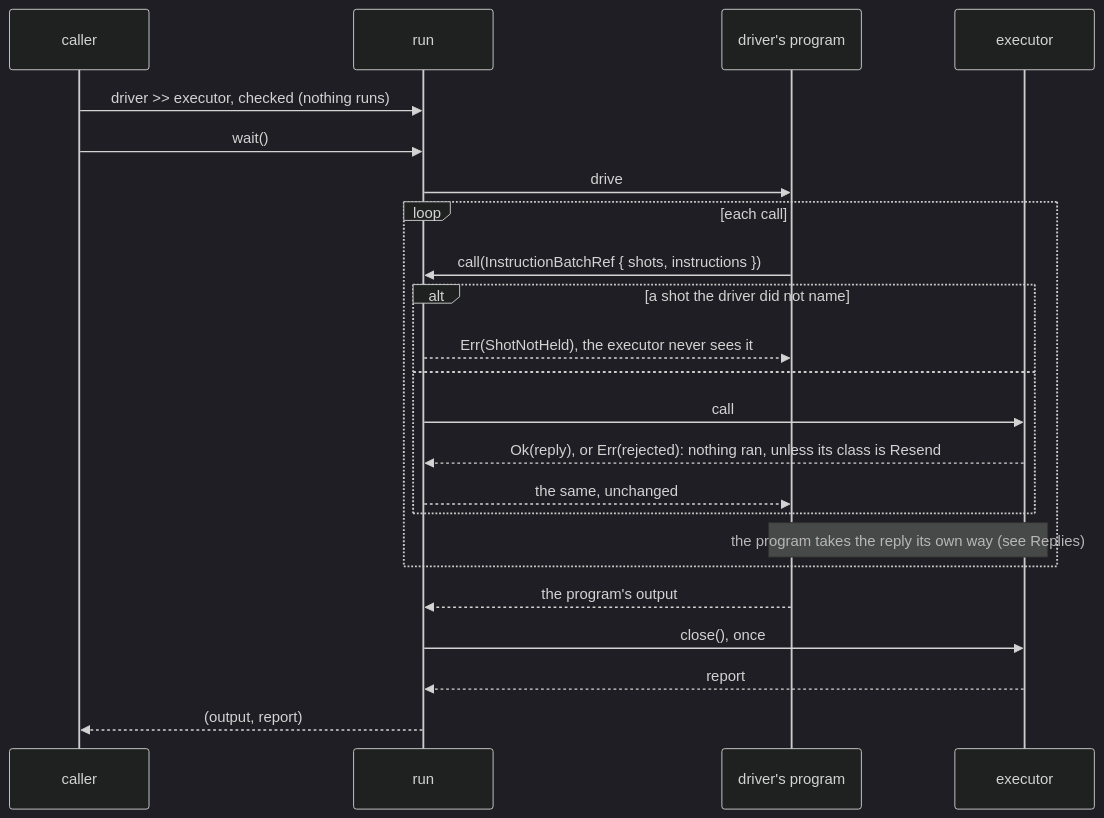
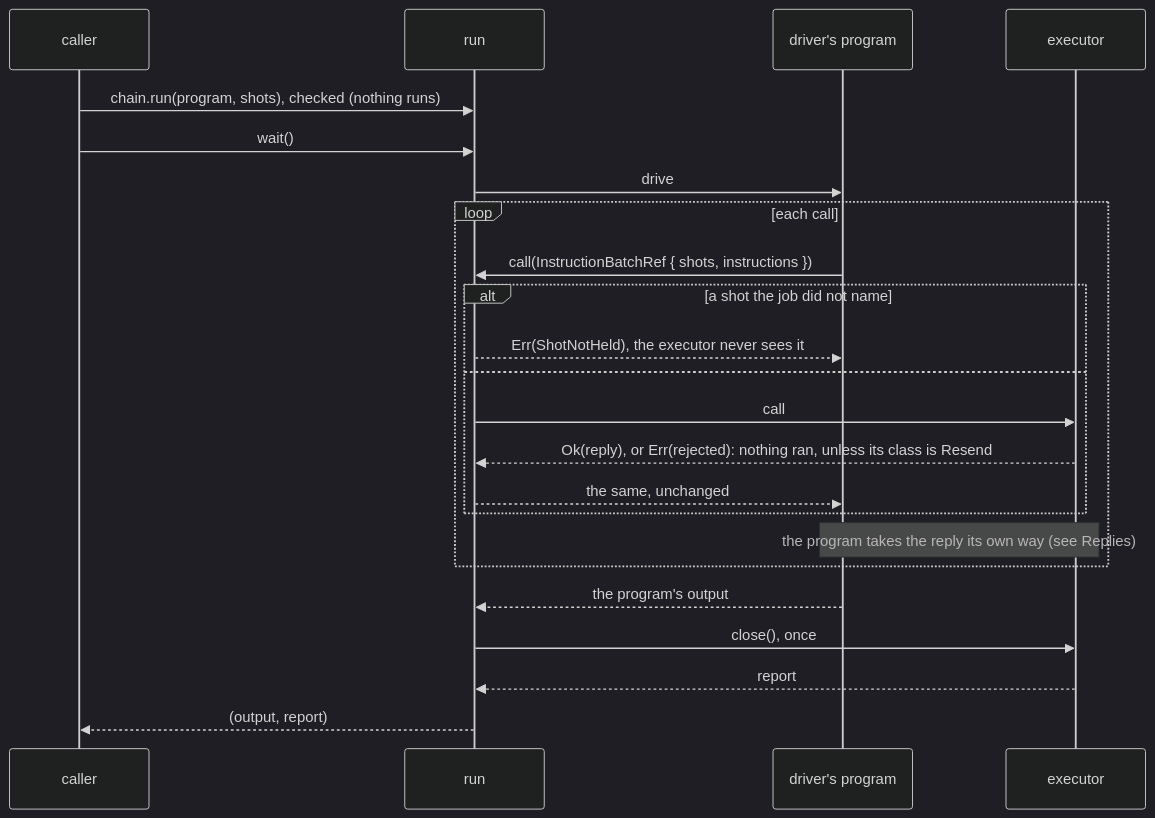
The third of 3 diagrams in source/executor_protocol/docs/executors.md (microsoft/qdk), drawn with Mermaid (dark theme) before and after one commit. The commit also changed other lines of this file and 91 other files, not shown here.

````diff
--- a/source/executor_protocol/docs/executors.md
+++ b/source/executor_protocol/docs/executors.md
@@ -313,25 +348,25 @@
 ```mermaid
 sequenceDiagram
   participant C as caller
   participant R as run
   participant D as driver's program
   participant E as executor
-  C->>R: driver >> executor, checked (nothing runs)
+  C->>R: chain.run(program, shots), checked (nothing runs)
   C->>R: wait()
   R->>D: drive
   loop each call
     D->>R: call(InstructionBatchRef { shots, instructions })
-    alt a shot the driver did not name
+    alt a shot the job did not name
       R-->>D: Err(ShotNotHeld), the executor never sees it
     else
       R->>E: call
       E-->>R: Ok(reply), or Err(rejected): nothing ran, unless its class is Resend
       R-->>D: the same, unchanged
     end
     Note over D,E: the program takes the reply its own way (see Replies)
   end
   D-->>R: the program's output
   R->>E: close(), once
   E-->>R: report
   R-->>C: (output, report)
 ```
````
